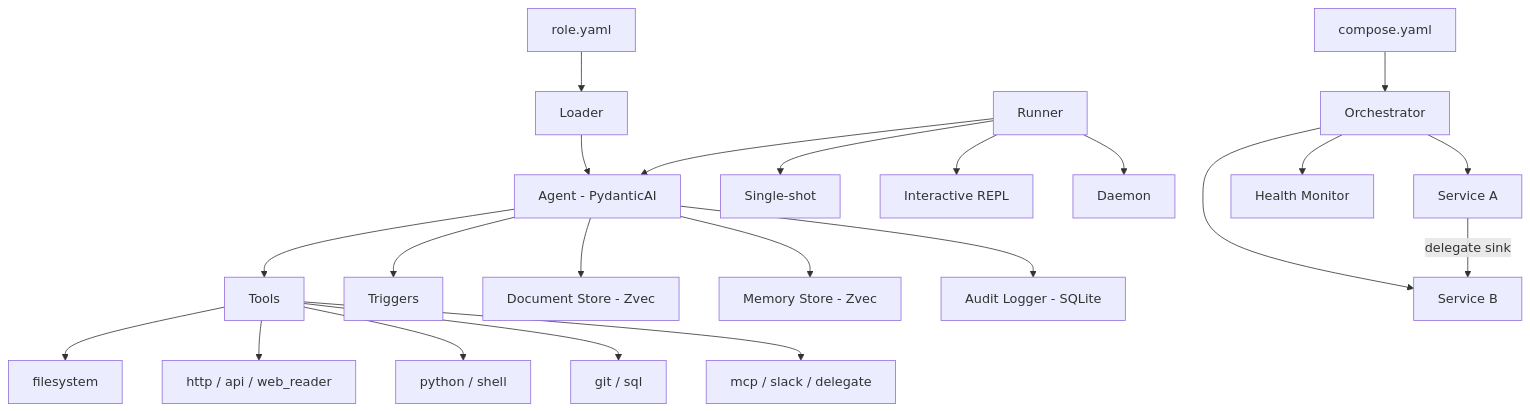
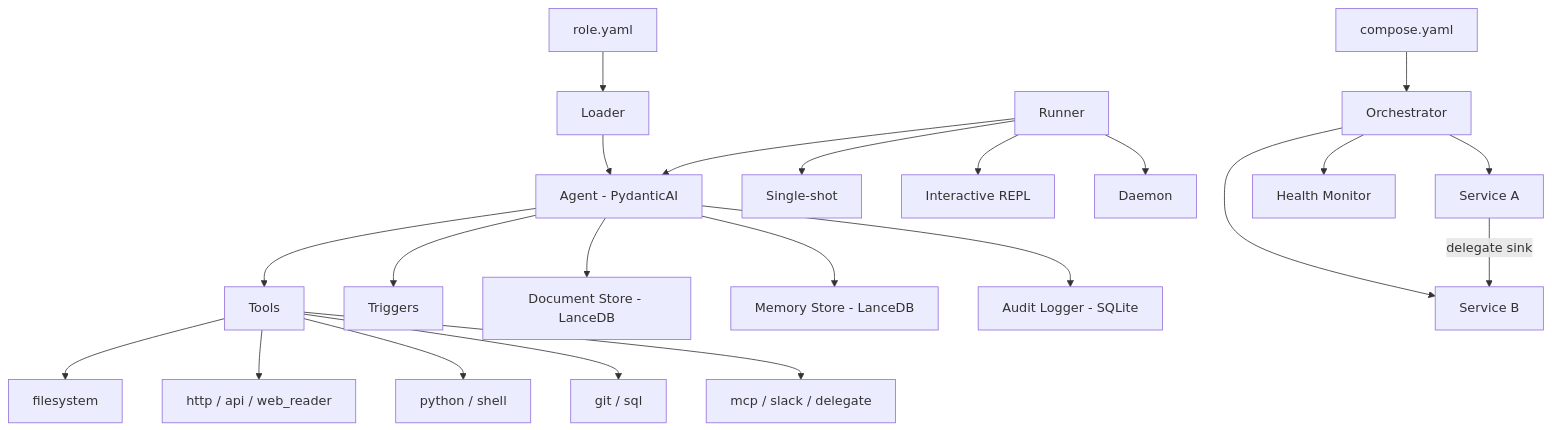
Before and after one commit to vladkesler/initrunner: the diagram in docs/configuration/providers.md, drawn with Mermaid. The commit also changed 42 other files, not shown here.

First line of the commit message:
feat: replace zvec with LanceDB, add Python 3.13 support

````diff
--- a/docs/configuration/providers.md
+++ b/docs/configuration/providers.md
@@ -316,27 +316,27 @@
 ```mermaid
 graph TD
     A[role.yaml] --> B[Loader]
     B --> C[Agent - PydanticAI]
     C --> D[Tools]
     C --> E[Triggers]
-    C --> F[Document Store - Zvec]
-    C --> G[Memory Store - Zvec]
+    C --> F[Document Store - LanceDB]
+    C --> G[Memory Store - LanceDB]
     C --> H[Audit Logger - SQLite]
 
     D --> D1[filesystem]
     D --> D2[http / api / web_reader]
     D --> D3[python / shell]
     D --> D4[git / sql]
     D --> D5[mcp / slack / delegate]
 
     I[Runner] --> C
     I --> I1[Single-shot]
     I --> I2[Interactive REPL]
     I --> I3[Daemon]
 
     J[compose.yaml] --> K[Orchestrator]
     K --> L[Service A]
     K --> M[Service B]
     L -->|delegate sink| M
     K --> N[Health Monitor]
 ```
````
